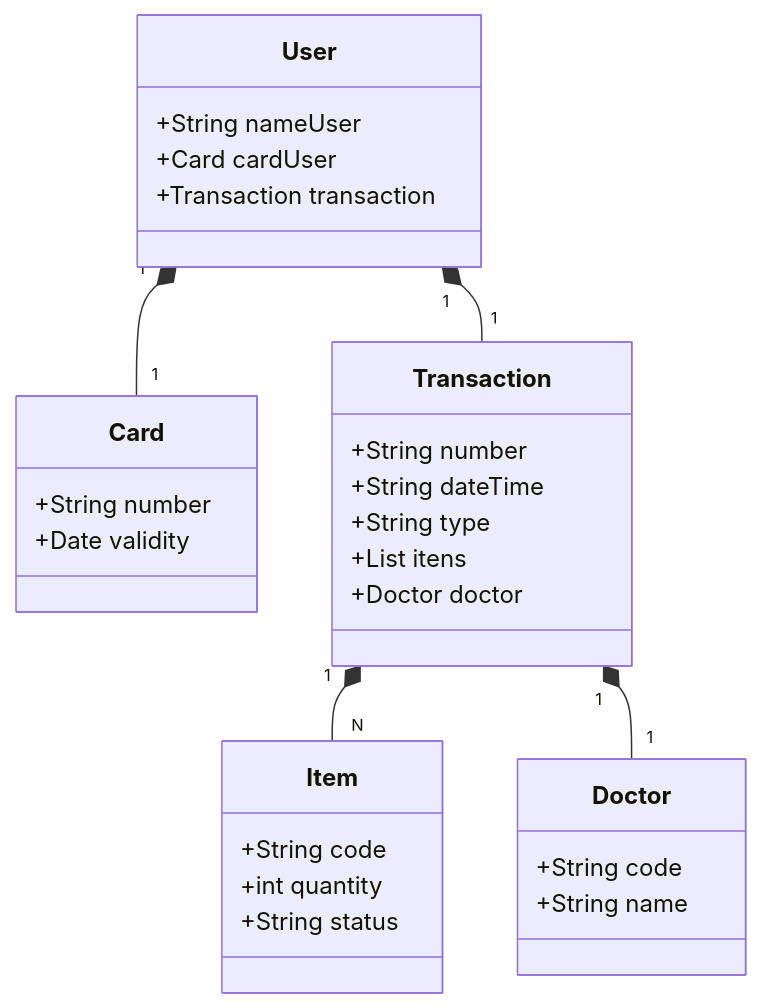
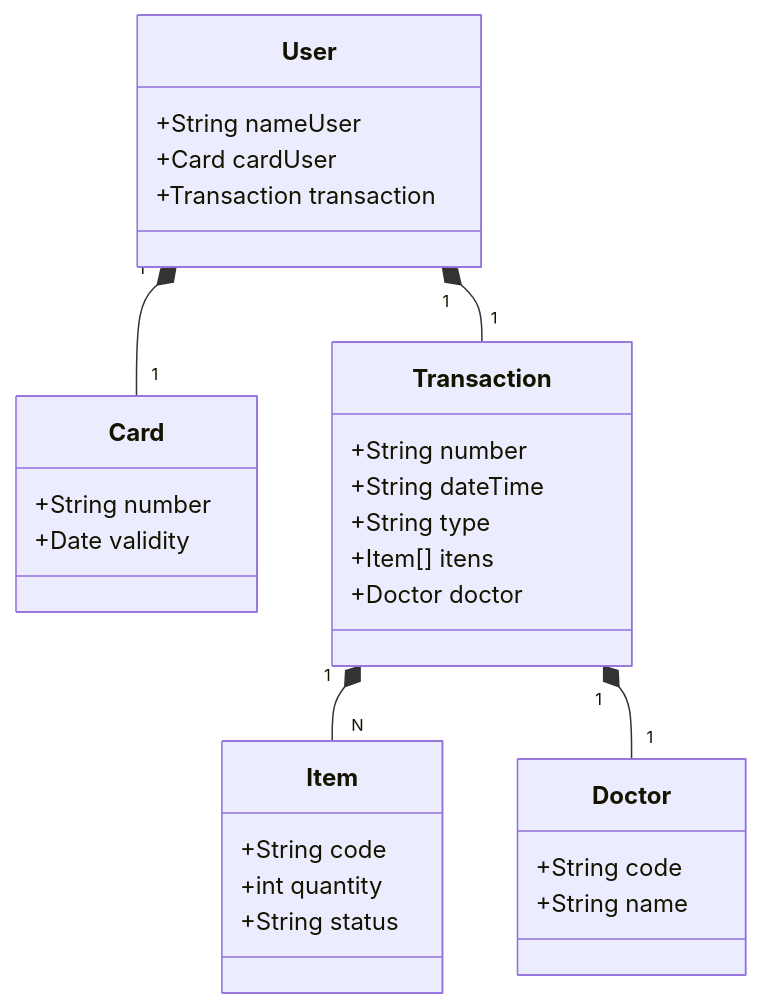
Before and after one commit to andrea-junia/dio-api-rest-java-railway: the diagram in README.md, drawn with Mermaid.

````diff
--- a/README.md
+++ b/README.md
@@ -19,33 +19,33 @@
 ```mermaid
 classDiagram
     class User {
         +String nameUser
         +Card cardUser
         +Transaction transaction
     }
     class Card {
         +String number
         +Date validity
     }
     class Transaction {
         +String number
         +String dateTime
         +String type
-        +List<Item> itens
+        +Item[] itens
         +Doctor doctor
     }
     class Item {
         +String code
         +int quantity
         +String status
     }
     class Doctor {
         +String code
         +String name
     }
 
   User "1" *-- "1" Card
   User "1" *-- "1" Transaction  
   Transaction "1" *-- "N" Item
   Transaction "1" *-- "1" Doctor
 ```
````
